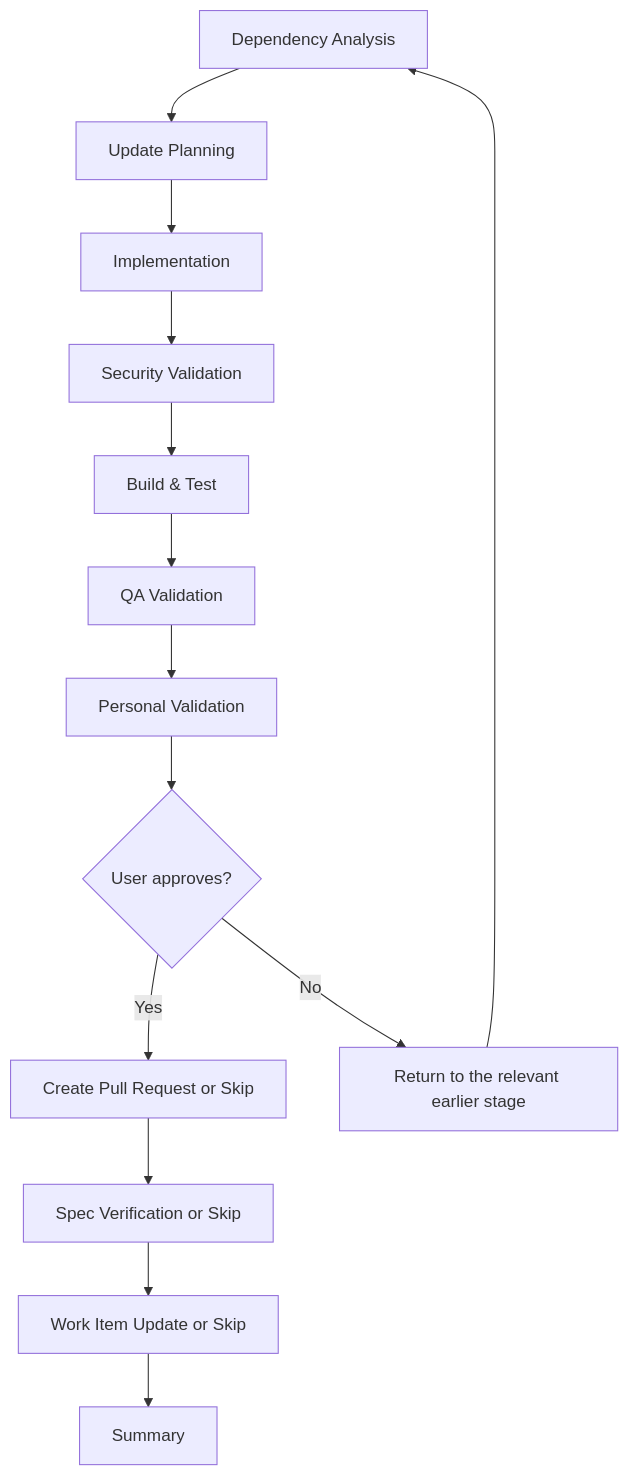
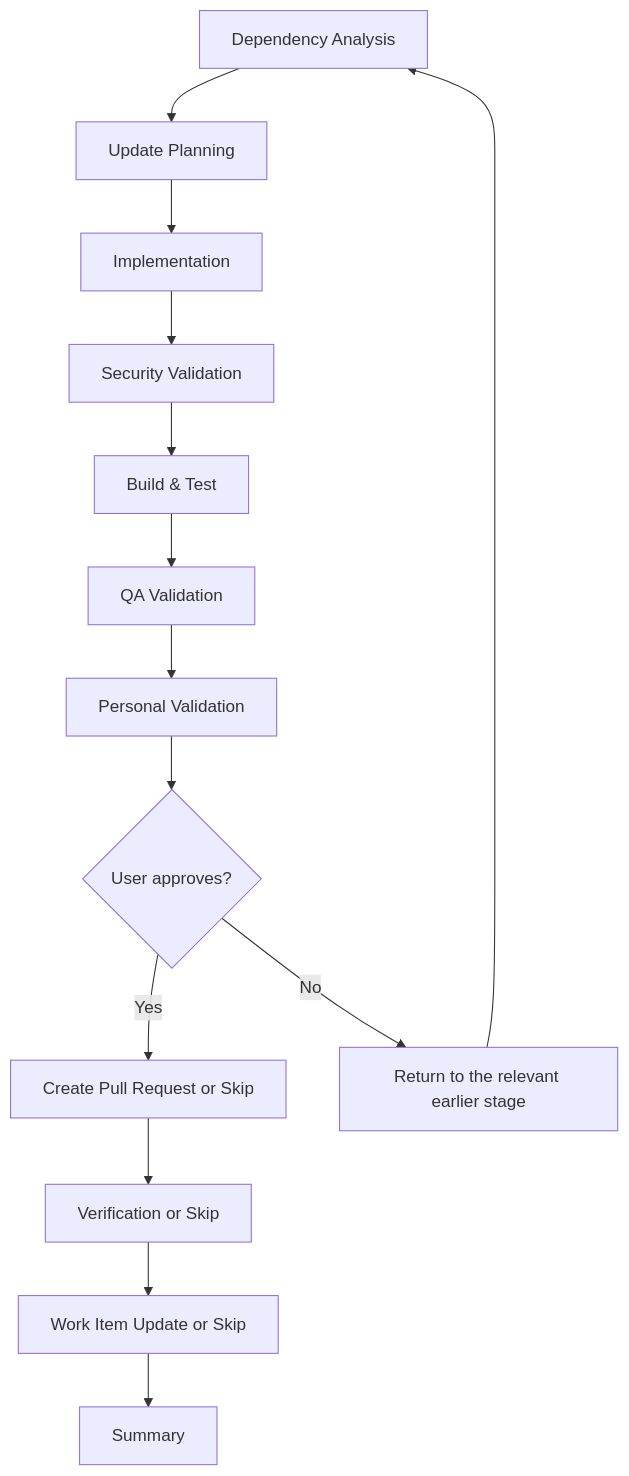
The fourth of 16 diagrams in plugins/delivery/FLOW-DIAGRAMS.md (JSdotNet/devbook), drawn with Mermaid before and after one commit. The commit also changed other lines of this file and 30 other files, not shown here.

````diff
--- a/plugins/delivery/FLOW-DIAGRAMS.md
+++ b/plugins/delivery/FLOW-DIAGRAMS.md
@@ -118,16 +118,16 @@
 ```mermaid
 flowchart TD
     A["Dependency Analysis"] --> B["Update Planning"]
     B --> C["Implementation"]
     C --> D["Security Validation"]
     D --> E["Build & Test"]
     E --> F["QA Validation"]
     F --> G["Personal Validation"]
     G --> H{User approves?}
     H -->|Yes| I["Create Pull Request or Skip"]
     H -->|No| J["Return to the relevant earlier stage"]
     J --> A
-    I --> DU["Spec Verification or Skip"]
+    I --> DU["Verification or Skip"]
     DU --> U["Work Item Update or Skip"]
     U --> K["Summary"]
 ```
````
